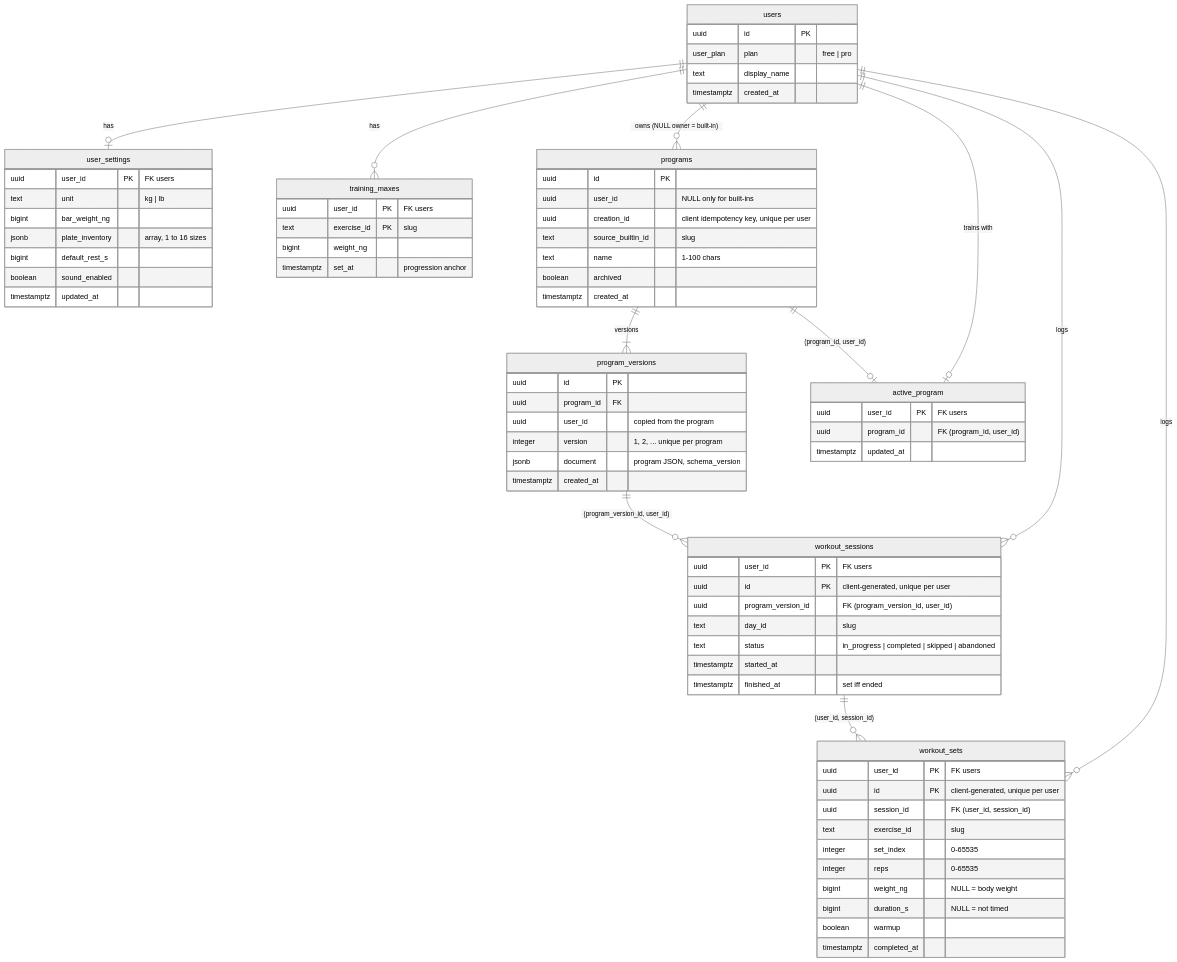
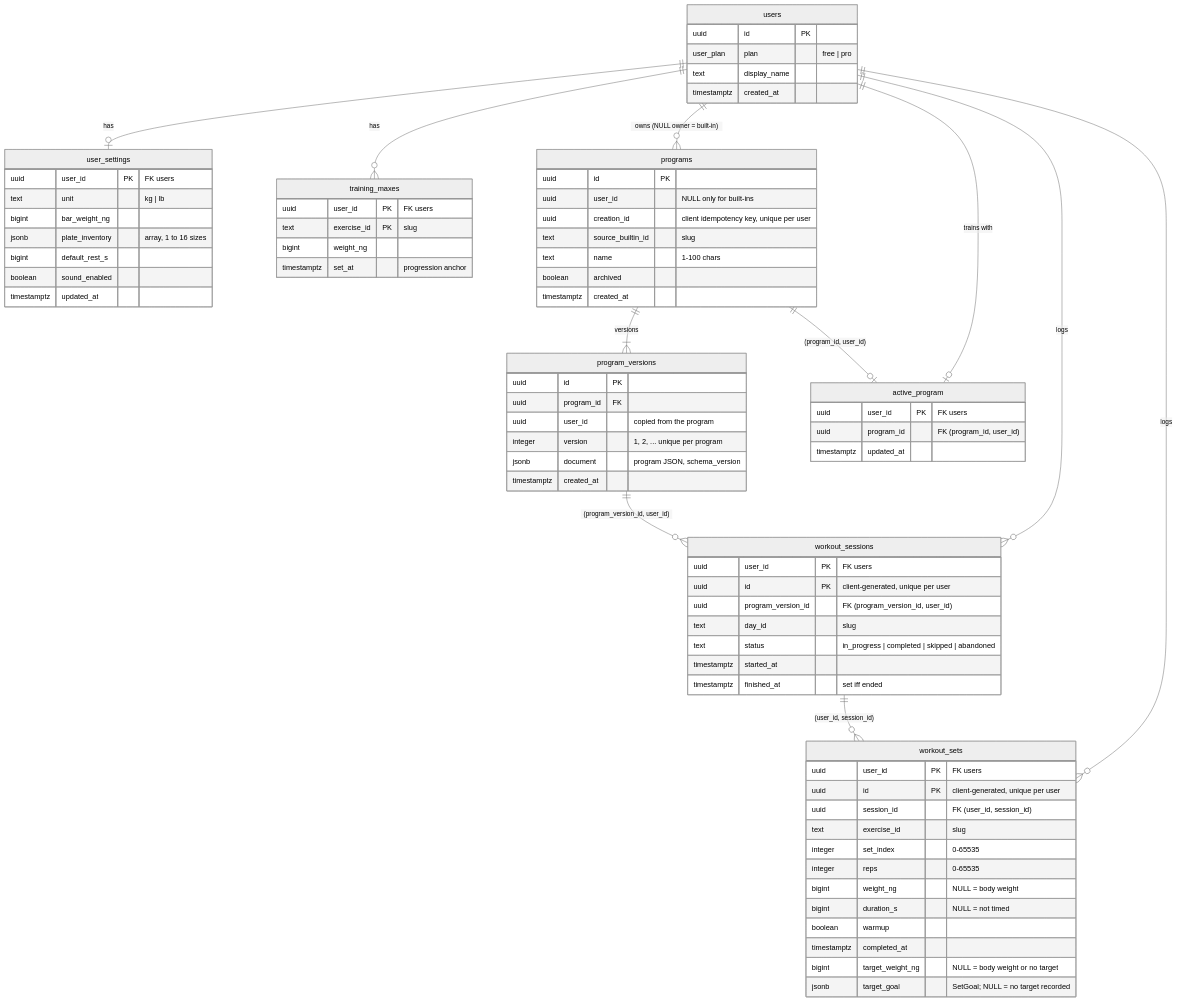
One commit to fe2o3-labs/Iron-Oxide changed the diagram in docs/database.md. Above: the diagram before and after it, drawn with Mermaid (neutral theme). The commit also changed other lines of this file and 38 other files, not shown here.

First line of the commit message:
Progression: store the prescribed target per set; lift the 2.5 kg step cap

````diff
--- a/docs/database.md
+++ b/docs/database.md
@@ -14,78 +14,80 @@
 ```mermaid
 erDiagram
     users ||--o| user_settings : "has"
     users ||--o{ training_maxes : "has"
     users ||--o{ programs : "owns (NULL owner = built-in)"
     programs ||--|{ program_versions : "versions"
     users ||--o| active_program : "trains with"
     programs ||--o| active_program : "(program_id, user_id)"
     users ||--o{ workout_sessions : "logs"
     program_versions ||--o{ workout_sessions : "(program_version_id, user_id)"
     users ||--o{ workout_sets : "logs"
     workout_sessions ||--o{ workout_sets : "(user_id, session_id)"
 
     users {
         uuid id PK
         user_plan plan "free | pro"
         text display_name
         timestamptz created_at
     }
     user_settings {
         uuid user_id PK "FK users"
         text unit "kg | lb"
         bigint bar_weight_ng
         jsonb plate_inventory "array, 1 to 16 sizes"
         bigint default_rest_s
         boolean sound_enabled
         timestamptz updated_at
     }
     training_maxes {
         uuid user_id PK "FK users"
         text exercise_id PK "slug"
         bigint weight_ng
         timestamptz set_at "progression anchor"
     }
     programs {
         uuid id PK
         uuid user_id "NULL only for built-ins"
         uuid creation_id "client idempotency key, unique per user"
         text source_builtin_id "slug"
         text name "1-100 chars"
         boolean archived
         timestamptz created_at
     }
     program_versions {
         uuid id PK
         uuid program_id FK
         uuid user_id "copied from the program"
         integer version "1, 2, ... unique per program"
         jsonb document "program JSON, schema_version"
         timestamptz created_at
     }
     active_program {
         uuid user_id PK "FK users"
         uuid program_id "FK (program_id, user_id)"
         timestamptz updated_at
     }
     workout_sessions {
         uuid user_id PK "FK users"
         uuid id PK "client-generated, unique per user"
         uuid program_version_id "FK (program_version_id, user_id)"
         text day_id "slug"
         text status "in_progress | completed | skipped | abandoned"
         timestamptz started_at
         timestamptz finished_at "set iff ended"
     }
     workout_sets {
         uuid user_id PK "FK users"
         uuid id PK "client-generated, unique per user"
         uuid session_id "FK (user_id, session_id)"
         text exercise_id "slug"
         integer set_index "0-65535"
         integer reps "0-65535"
         bigint weight_ng "NULL = body weight"
         bigint duration_s "NULL = not timed"
         boolean warmup
         timestamptz completed_at
+        bigint target_weight_ng "NULL = body weight or no target"
+        jsonb target_goal "SetGoal; NULL = no target recorded"
     }
 ```
````
